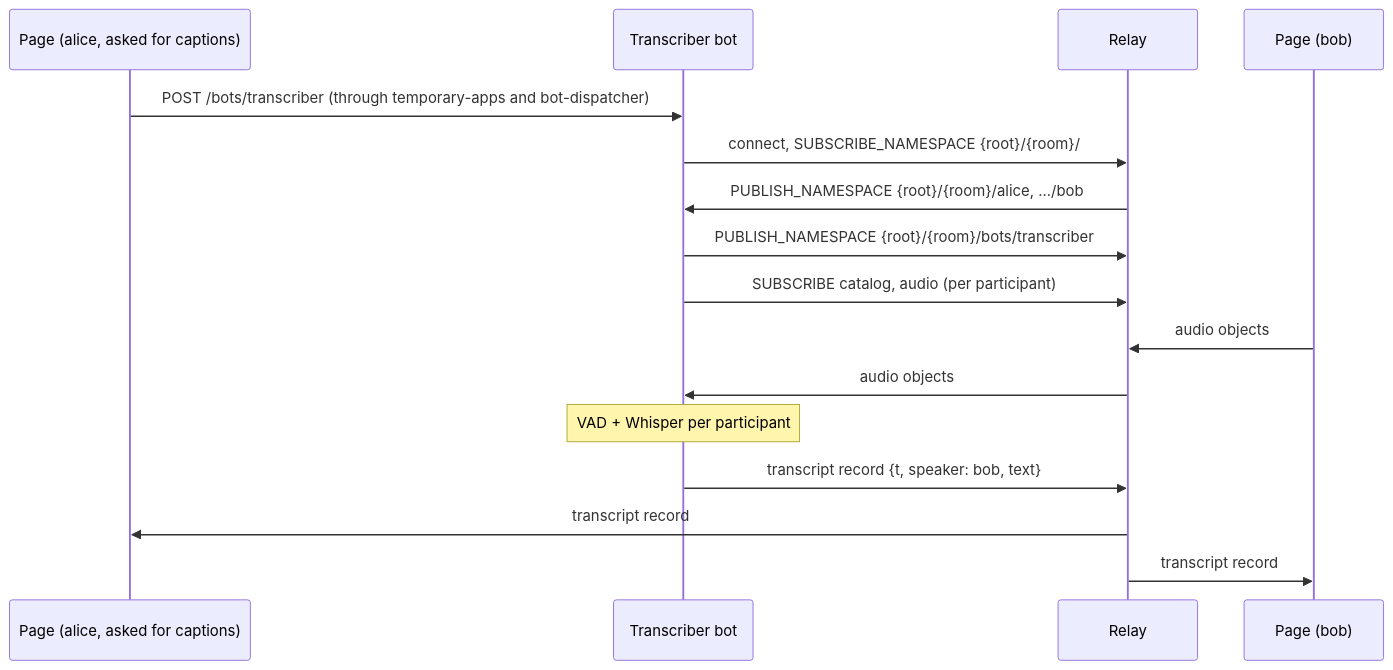
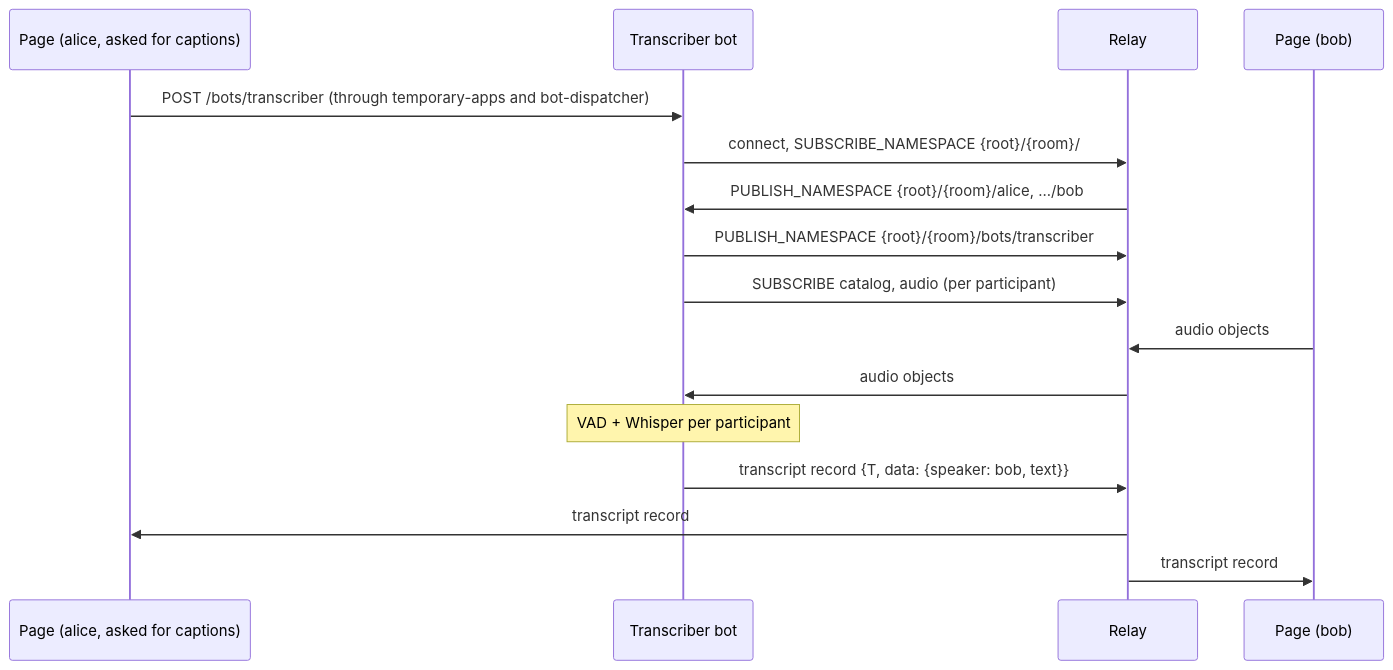
One commit to nttcom/moq-wasm changed the diagram in docs/architecture/ai-bots/meeting-transcriber.md. Above: the diagram before and after it, drawn with Mermaid. The commit also changed other lines of this file and 15 other files, not shown here.

````diff
--- a/docs/architecture/ai-bots/meeting-transcriber.md
+++ b/docs/architecture/ai-bots/meeting-transcriber.md
@@ -47,18 +47,18 @@
 ```mermaid
 sequenceDiagram
     participant A as Page (alice, asked for captions)
     participant S as Transcriber bot
     participant R as Relay
     participant B as Page (bob)
     A->>S: POST /bots/transcriber (through temporary-apps and bot-dispatcher)
     S->>R: connect, SUBSCRIBE_NAMESPACE {root}/{room}/
     R->>S: PUBLISH_NAMESPACE {root}/{room}/alice, .../bob
     S->>R: PUBLISH_NAMESPACE {root}/{room}/bots/transcriber
     S->>R: SUBSCRIBE catalog, audio (per participant)
     B->>R: audio objects
     R->>S: audio objects
     Note over S: VAD + Whisper per participant
-    S->>R: transcript record {t, speaker: bob, text}
+    S->>R: transcript record {T, data: {speaker: bob, text}}
     R->>A: transcript record
     R->>B: transcript record
 ```
````
